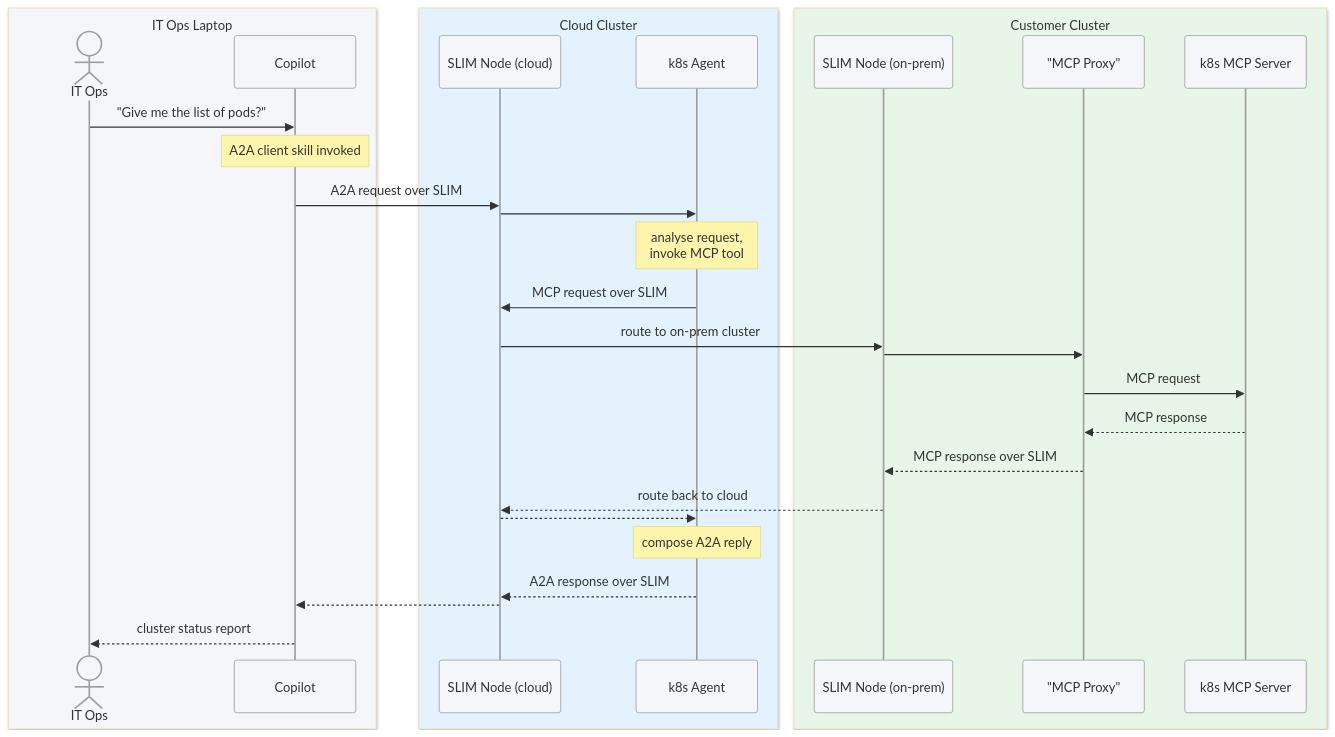
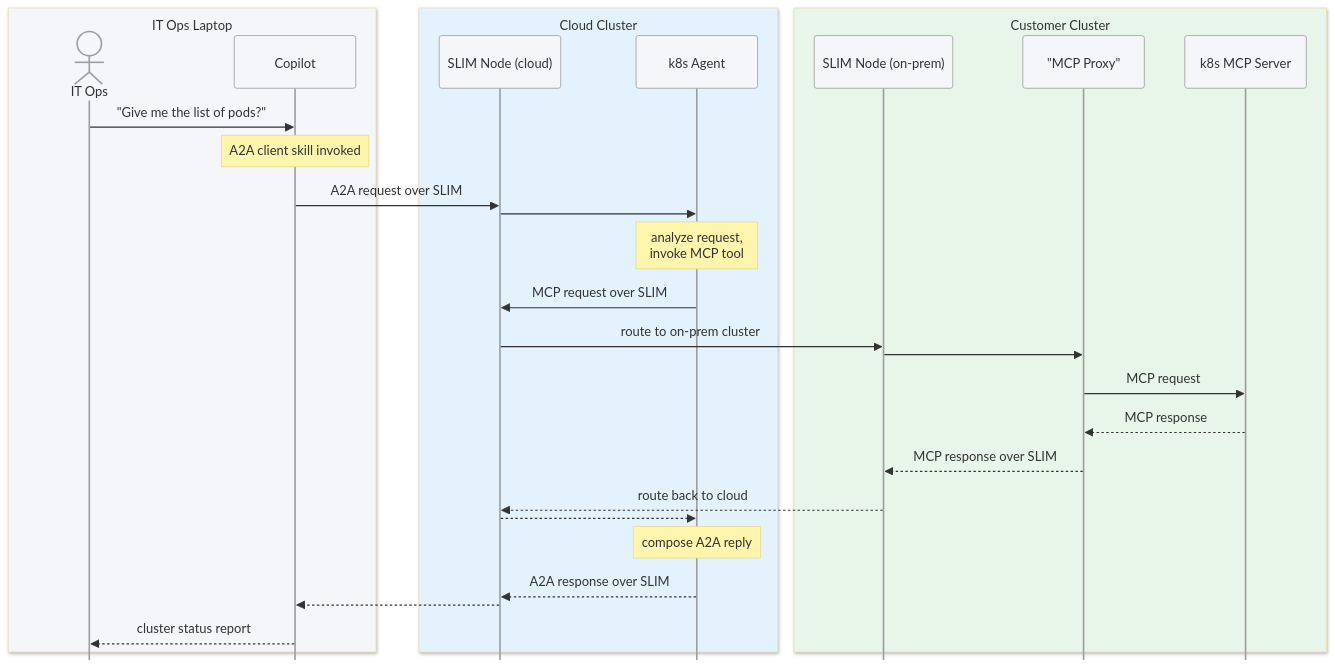
The eighth of 9 diagrams in presentations/slim-multicluster-demo/slim-multicluster-demo.md (agntcy/blogs), drawn with Mermaid before and after one commit. The commit also changed other lines of this file, not shown here.

````diff
--- a/presentations/slim-multicluster-demo/slim-multicluster-demo.md
+++ b/presentations/slim-multicluster-demo/slim-multicluster-demo.md
@@ -543,35 +557,35 @@
 ```mermaid
-%%{init: {'theme': 'base', 'themeVariables': {'fontSize': '11px', 'actorBkg': '#F5F6FA', 'actorBorder': '#9E9E9E', 'activationBkgColor': '#E3F2FD', 'signalColor': '#333', 'signalTextColor': '#333'}}}%%
+%%{init: {'theme': 'base', 'sequence': {'mirrorActors': false}, 'themeVariables': {'fontSize': '16px', 'actorBkg': '#F5F6FA', 'actorBorder': '#9E9E9E', 'activationBkgColor': '#E3F2FD', 'signalColor': '#333', 'signalTextColor': '#333'}}}%%
 sequenceDiagram
     box rgb(245,246,250) IT Ops Laptop
         actor Human as IT Ops
         participant Copilot as Copilot
     end
     box rgb(227,242,253) Cloud Cluster
         participant SNc as SLIM Node (cloud)
         participant Agent as k8s Agent
     end
     box rgb(232,245,233) Customer Cluster
         participant SNp as SLIM Node (on-prem)
         participant Proxy as "MCP Proxy"
         participant MCP as k8s MCP Server
     end
 
     Human->>Copilot: "Give me the list of pods?"
     Note over Copilot: A2A client skill invoked
     Copilot->>SNc: A2A request over SLIM
     SNc->>Agent: 
-    Note over Agent: analyse request,<br/>invoke MCP tool
+    Note over Agent: analyze request,<br/>invoke MCP tool
     Agent->>SNc: MCP request over SLIM
     SNc->>SNp: route to on-prem cluster
     SNp->>Proxy: 
     Proxy->>MCP: MCP request
     MCP-->>Proxy: MCP response
     Proxy-->>SNp: MCP response over SLIM
     SNp-->>SNc: route back to cloud
     SNc-->>Agent: 
     Note over Agent: compose A2A reply
     Agent-->>SNc: A2A response over SLIM
     SNc-->>Copilot: 
     Copilot-->>Human: cluster status report
 ```
````
